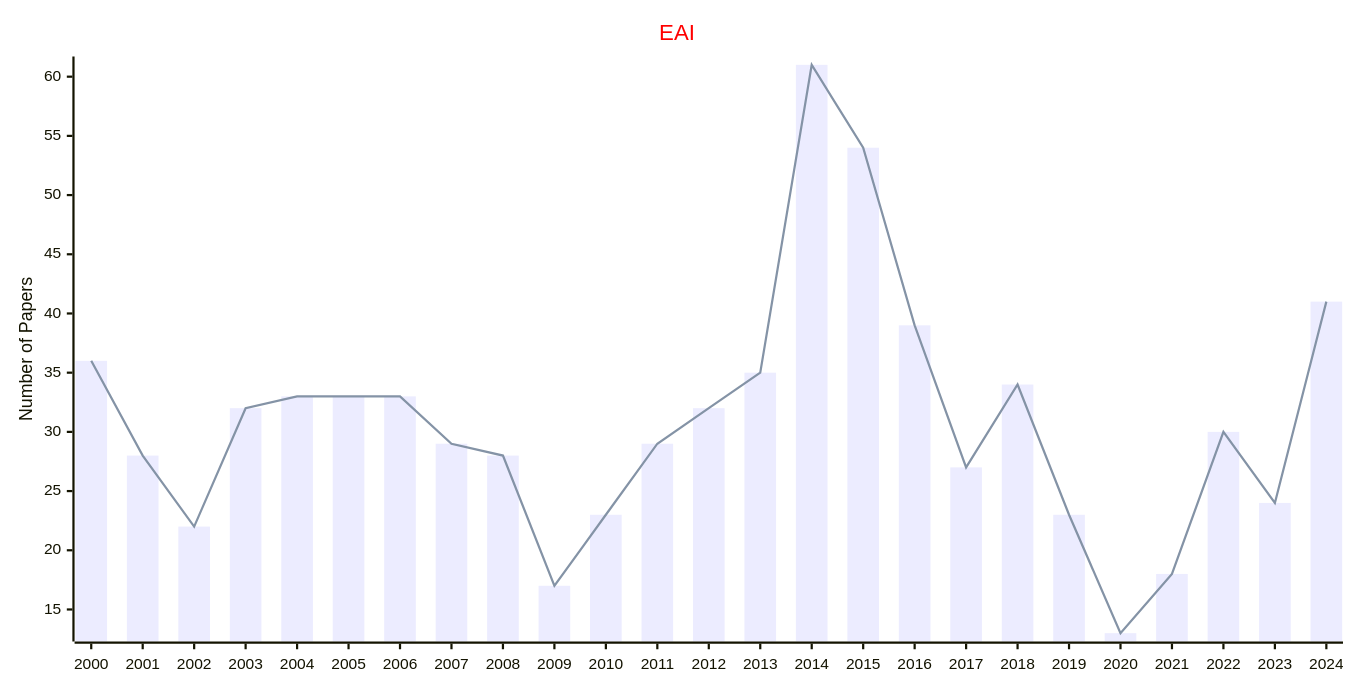
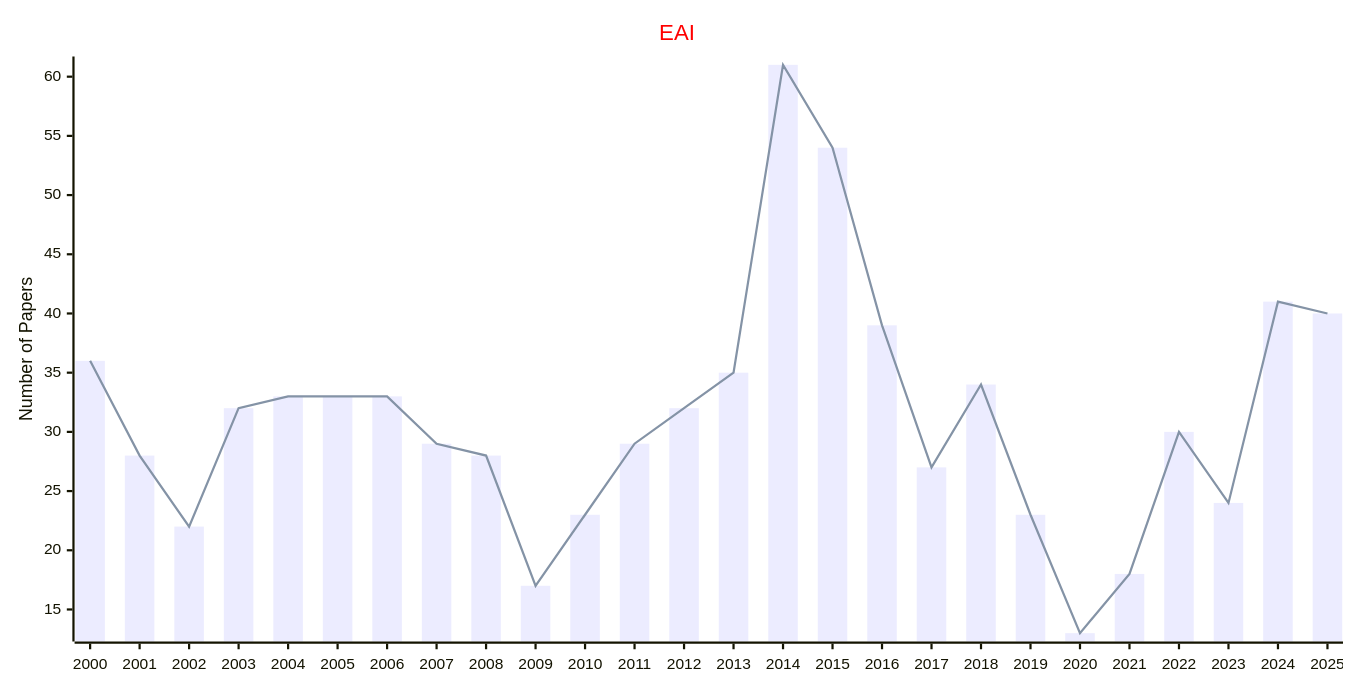
Before and after one commit to Easy-PhD/AILinks: diagram 12 of 27 in docs/data/Journals/Statistics_Journals/Artificial_Intelligence.md, drawn with Mermaid. The commit also changed other lines of this file and 93 other files, not shown here.

````diff
--- a/docs/data/Journals/Statistics_Journals/Artificial_Intelligence.md
+++ b/docs/data/Journals/Statistics_Journals/Artificial_Intelligence.md
@@ -273,17 +273,17 @@
 ```mermaid
 ---
 config:
     xyChart:
         width: 1200
         height: 600
     themeVariables:
         xyChart:
             titleColor: "#ff0000"
 ---
 xychart-beta
     title "EAI"
-    x-axis [2000, 2001, 2002, 2003, 2004, 2005, 2006, 2007, 2008, 2009, 2010, 2011, 2012, 2013, 2014, 2015, 2016, 2017, 2018, 2019, 2020, 2021, 2022, 2023, 2024]
+    x-axis [2000, 2001, 2002, 2003, 2004, 2005, 2006, 2007, 2008, 2009, 2010, 2011, 2012, 2013, 2014, 2015, 2016, 2017, 2018, 2019, 2020, 2021, 2022, 2023, 2024, 2025]
     y-axis "Number of Papers"
-    bar [36, 28, 22, 32, 33, 33, 33, 29, 28, 17, 23, 29, 32, 35, 61, 54, 39, 27, 34, 23, 13, 18, 30, 24, 41]
-    line [36, 28, 22, 32, 33, 33, 33, 29, 28, 17, 23, 29, 32, 35, 61, 54, 39, 27, 34, 23, 13, 18, 30, 24, 41]
+    bar [36, 28, 22, 32, 33, 33, 33, 29, 28, 17, 23, 29, 32, 35, 61, 54, 39, 27, 34, 23, 13, 18, 30, 24, 41, 40]
+    line [36, 28, 22, 32, 33, 33, 33, 29, 28, 17, 23, 29, 32, 35, 61, 54, 39, 27, 34, 23, 13, 18, 30, 24, 41, 40]
 ```
````
